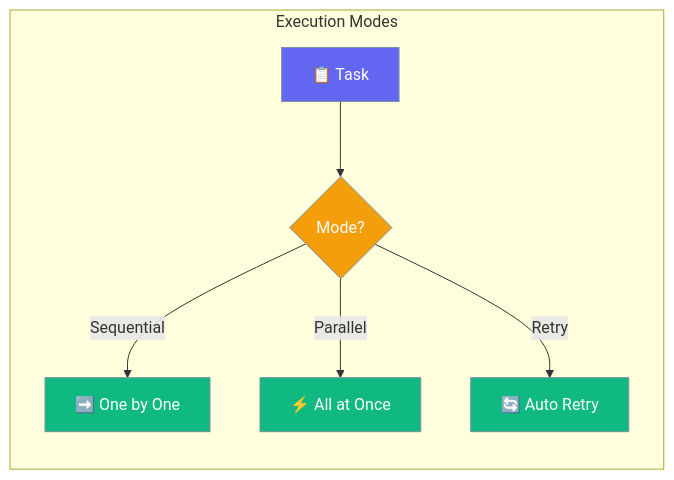
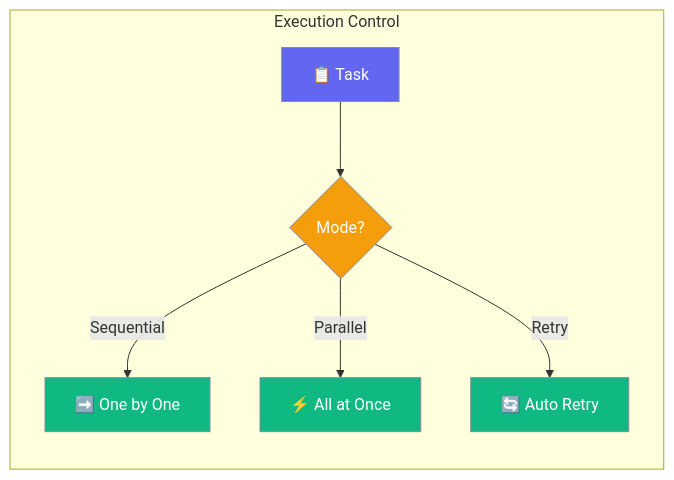
The first of 2 diagrams in docs/js/execution.mdx (MervinPraison/PraisonAIDocs), drawn with Mermaid before and after one commit. The commit also changed other lines of this file and 30 other files, not shown here.

````diff
--- a/docs/js/execution.mdx
+++ b/docs/js/execution.mdx
@@ -10,17 +10,17 @@
 ```mermaid
 graph LR
-    subgraph "Execution Modes"
+    subgraph "Execution Control"
         A[📋 Task] --> B{Mode?}
         B -->|Sequential| C[➡️ One by One]
         B -->|Parallel| D[⚡ All at Once]
         B -->|Retry| E[🔄 Auto Retry]
     end
     
     classDef task fill:#6366F1,stroke:#7C90A0,color:#fff
     classDef mode fill:#F59E0B,stroke:#7C90A0,color:#fff
     classDef exec fill:#10B981,stroke:#7C90A0,color:#fff
     
     class A task
     class B mode
     class C,D,E exec
 ```
````
